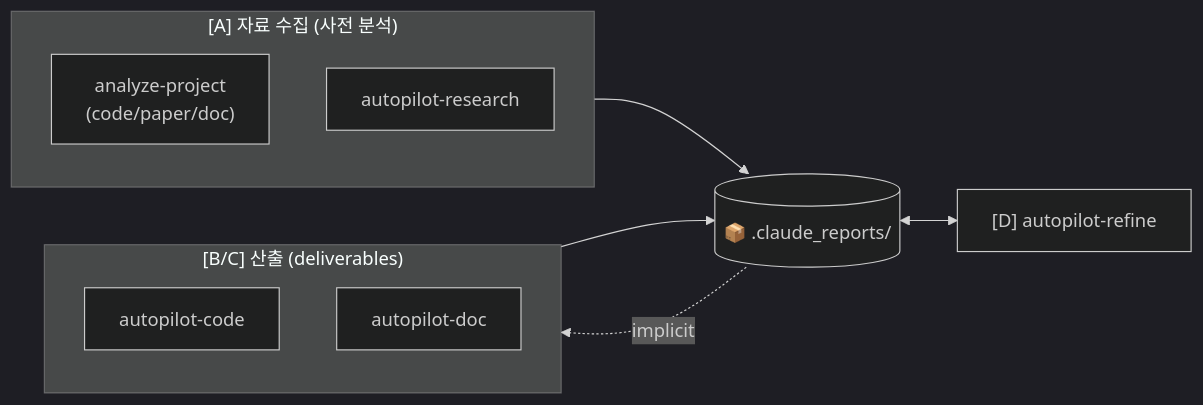
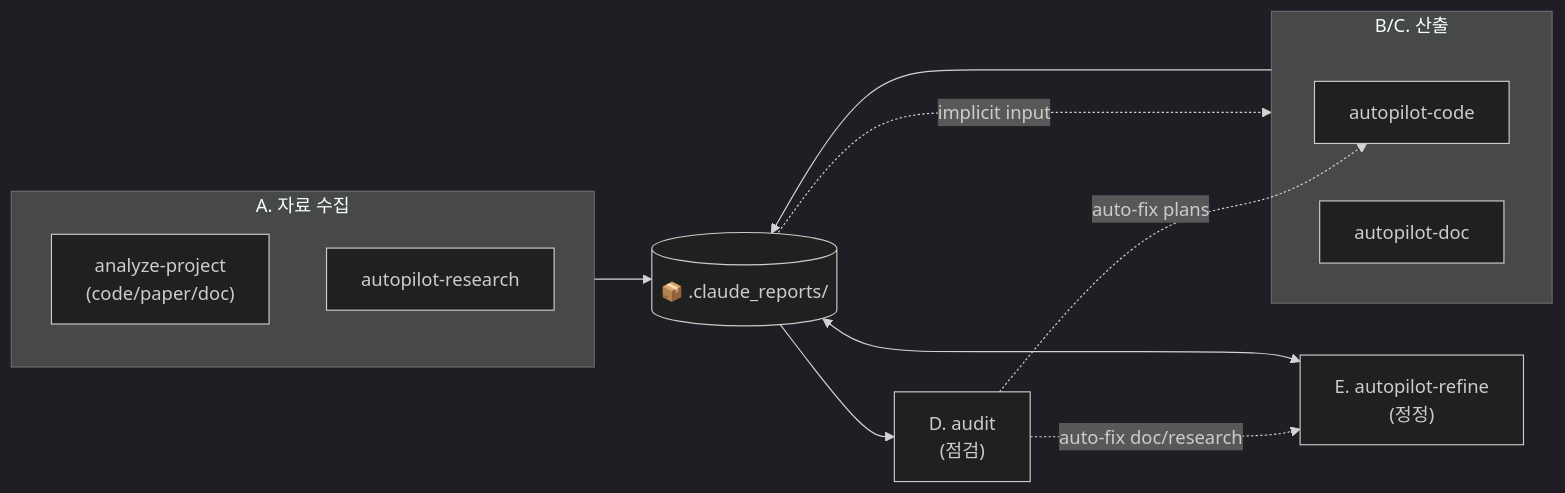
One commit to dmlguq456/agent_setting changed the second of 3 diagrams in README.md. Above: the diagram before and after it, drawn with Mermaid (dark theme). The commit also changed other lines of this file and 9 other files, not shown here.

````diff
--- a/README.md
+++ b/README.md
@@ -39,17 +41,21 @@
 ```mermaid
 flowchart LR
-    subgraph IN["[A] 자료 수집 (사전 분석)"]
-        AP["analyze-project<br/>(code/paper/doc)"]
-        AR["autopilot-research"]
+    subgraph IN["A. 자료 수집"]
+        ANA["analyze-project<br/>(code/paper/doc)"]
+        RES["autopilot-research"]
     end
-    subgraph PROD["[B/C] 산출 (deliverables)"]
-        B["autopilot-code"]
-        C["autopilot-doc"]
+    subgraph PROD["B/C. 산출"]
+        CODE["autopilot-code"]
+        DOC["autopilot-doc"]
     end
-    D["[D] autopilot-refine"]
+    AUD["D. audit<br/>(점검)"]
+    REF["E. autopilot-refine<br/>(정정)"]
     OUT[("📦 .claude_reports/")]
     IN --> OUT
-    OUT -.->|implicit| PROD
+    OUT -.->|implicit input| PROD
     PROD --> OUT
-    OUT <--> D
+    OUT --> AUD
+    AUD -.->|auto-fix plans| CODE
+    AUD -.->|auto-fix doc/research| REF
+    OUT <--> REF
 ```
````
